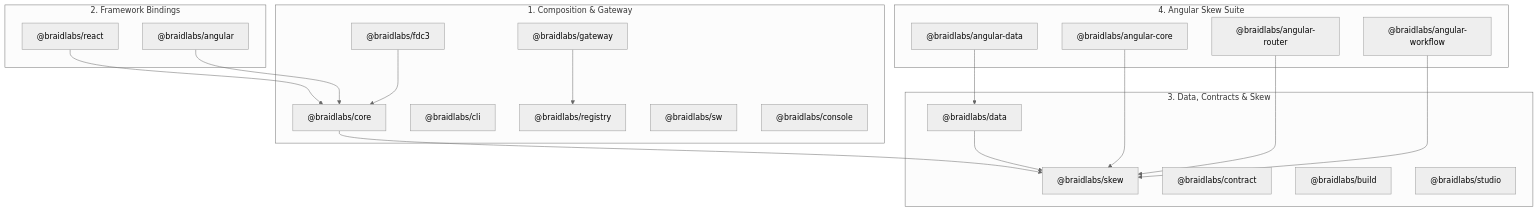
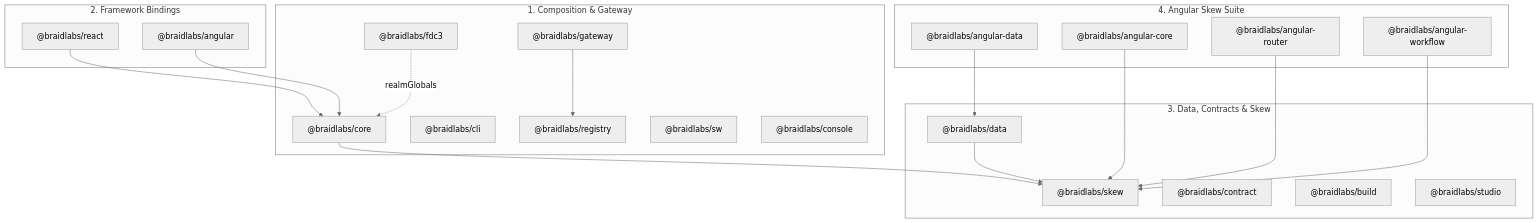
Before and after one commit to braidjs/braid: the diagram in docs/packages/index.md, drawn with Mermaid (neutral theme). The commit also changed 3 other files, not shown here.

````diff
--- a/docs/packages/index.md
+++ b/docs/packages/index.md
@@ -9,43 +9,43 @@
 ```mermaid
 flowchart TD
   subgraph Composition ["1. Composition & Gateway"]
     Core["@braidlabs/core"]
     GW["@braidlabs/gateway"]
     CLI["@braidlabs/cli"]
     Registry["@braidlabs/registry"]
     SW["@braidlabs/sw"]
     Console["@braidlabs/console"]
     FDC3["@braidlabs/fdc3"]
   end
 
   subgraph Frameworks ["2. Framework Bindings"]
     ReactPkg["@braidlabs/react"]
     AngularPkg["@braidlabs/angular"]
   end
 
   subgraph SkewData ["3. Data, Contracts & Skew"]
     Skew["@braidlabs/skew"]
     Data["@braidlabs/data"]
     Contract["@braidlabs/contract"]
     Build["@braidlabs/build"]
     Studio["@braidlabs/studio"]
   end
 
   subgraph AngularSuite ["4. Angular Skew Suite"]
     AngCore["@braidlabs/angular-core"]
     AngData["@braidlabs/angular-data"]
     AngRouter["@braidlabs/angular-router"]
     AngWorkflow["@braidlabs/angular-workflow"]
   end
 
   ReactPkg --> Core
   AngularPkg --> Core
   GW --> Registry
-  FDC3 --> Core
+  FDC3 -. realmGlobals .-> Core
   Core --> Skew
   Data --> Skew
   AngData --> Data
   AngCore --> Skew
   AngRouter --> Skew
   AngWorkflow --> Skew
 ```
````
